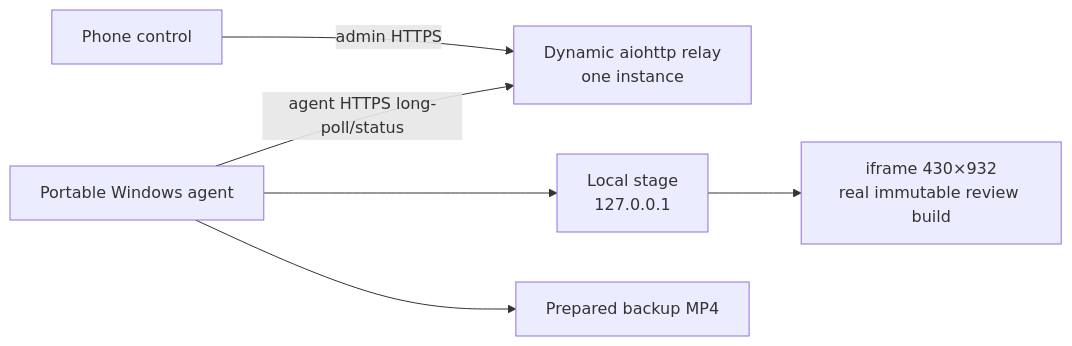
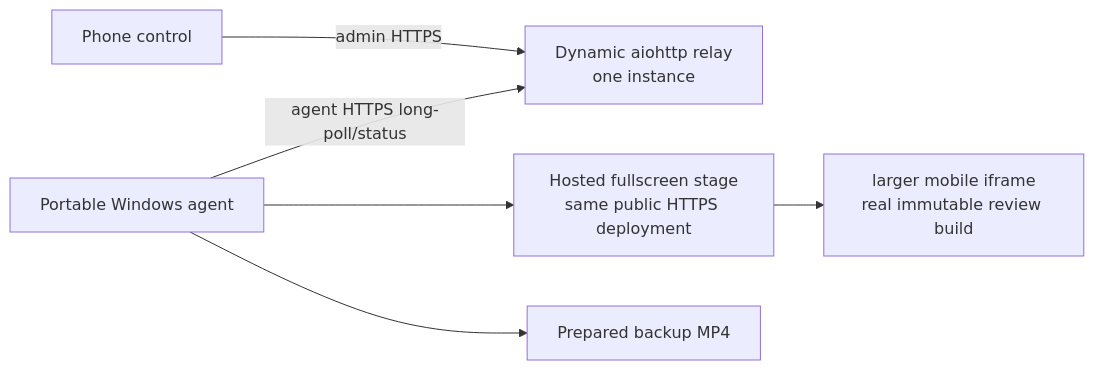
Before and after one commit to onedayonemasterpiece/events-bot-new: the diagram in docs/features/static-site-pages/auto-present/README.md, drawn with Mermaid. The commit also changed other lines of this file and 7 other files, not shown here.

````diff
--- a/docs/features/static-site-pages/auto-present/README.md
+++ b/docs/features/static-site-pages/auto-present/README.md
@@ -115,8 +126,8 @@
 ```mermaid
 flowchart LR
   P[Phone control] -->|admin HTTPS| R[Dynamic aiohttp relay<br/>one instance]
   A[Portable Windows agent] -->|agent HTTPS long-poll/status| R
-  A --> S[Local stage<br/>127.0.0.1]
-  S --> F[iframe 430×932<br/>real immutable review build]
+  A --> S[Hosted fullscreen stage<br/>same public HTTPS deployment]
+  S --> F[larger mobile iframe<br/>real immutable review build]
   A --> B[Prepared backup MP4]
 ```
````
